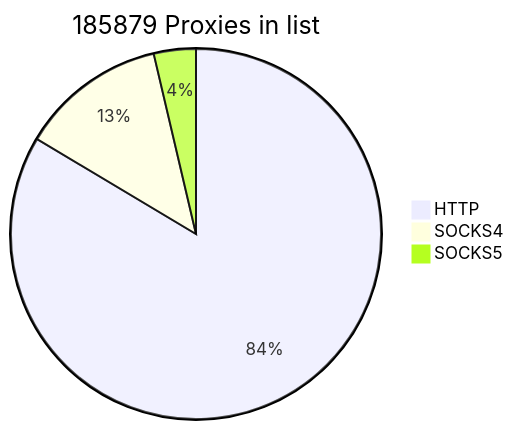
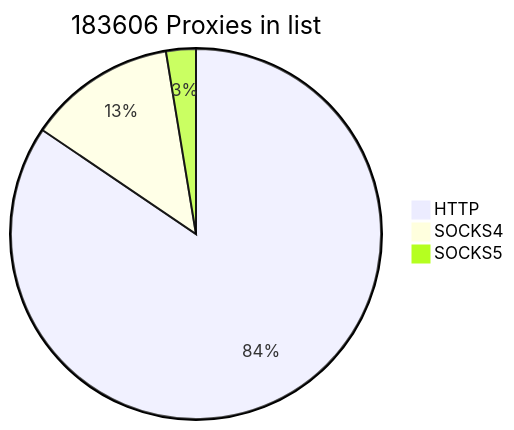
One commit to cutipu/proxylist changed the first of 2 diagrams in README.md. Above: the diagram before and after it, drawn with Mermaid. The commit also changed other lines of this file, not shown here.

````diff
--- a/README.md
+++ b/README.md
@@ -2,7 +2,7 @@
 ```mermaid
-pie title 185879 Proxies in list
-    "HTTP" : 155326
+pie title 183606 Proxies in list
+    "HTTP" : 155095
     "SOCKS4" : 23734
-    "SOCKS5" : 6819
+    "SOCKS5" : 4777
             
 ```
````
